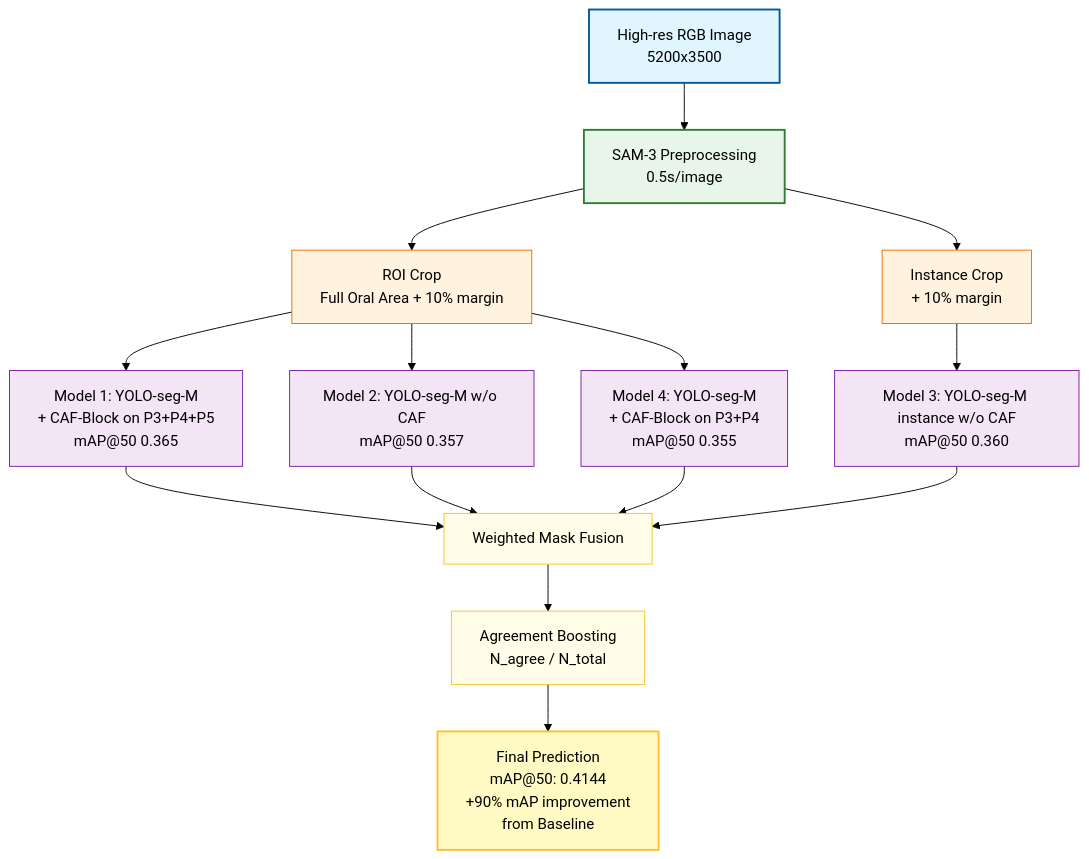
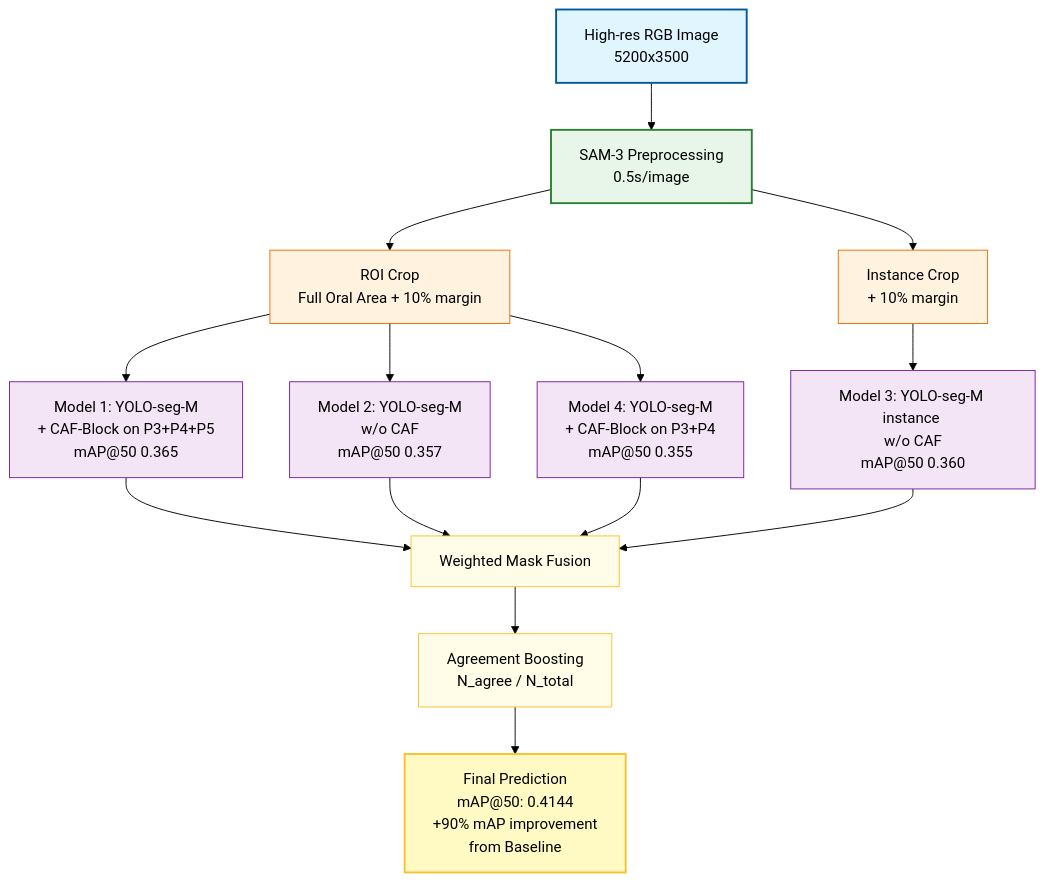
Before and after one commit to hyun-ko-DS/TeethSegmentation: the diagram in README.md, drawn with Mermaid (forest theme). The commit also changed other lines of this file and 2 other files, not shown here.

````diff
--- a/README.md
+++ b/README.md
@@ -24,42 +24,42 @@
 ```mermaid
 graph TD
     %% 1. Global Styles (Text black for readability)
     classDef default fill:#f9f9f9,stroke:#333,stroke-width:1px,color:#000;
     
     %% 2. Level-specific Styles (Bright palette)
     %% Level 1: Input - Light Blue
     classDef lvl1 fill:#E1F5FE,stroke:#01579b,stroke-width:2px,color:#000;
     %% Level 2: Preprocess - Light Green
     classDef lvl2 fill:#E8F5E9,stroke:#2e7d32,stroke-width:2px,color:#000;
     %% Level 3: Crop - Light Orange
     classDef lvl3 fill:#FFF3E0,stroke:#ef6c00,stroke-width:1px,color:#000;
     %% Level 4: Models - Light Purple
     classDef lvl4 fill:#F3E5F5,stroke:#7b1fa2,stroke-width:1px,color:#000;
     %% Level 5: Ensemble - Light Yellow
     classDef lvl5 fill:#FFFDE7,stroke:#fbc02d,stroke-width:1px,color:#000;
     %% Level 6: Final Result - Bright Yellow
     classDef winner fill:#FFF9C4,stroke:#fbc02d,stroke-width:2px,color:#000;
 
     %% 3. Nodes Definition
     A[High-res RGB Image<br/>5200x3500] --> B[SAM-3 Preprocessing<br/>0.5s/image]
     
     B --> C1[ROI Crop<br/>Full Oral Area + 10% margin]
     B --> C2[Instance Crop<br/> + 10% margin]
     
     C1 --> D1[Model 1: YOLO-seg-M <br/>+ CAF-Block on P3+P4+P5 <br/>mAP@50 0.365]
-    C1 --> D2[Model 2: YOLO-seg-M w/o CAF<br/>mAP@50 0.357]
-    C2 --> D3[Model 3: YOLO-seg-M instance w/o CAF<br/>mAP@50 0.360]
+    C1 --> D2[Model 2: YOLO-seg-M <br/>w/o CAF<br/>mAP@50 0.357]
+    C2 --> D3[Model 3: YOLO-seg-M instance <br/>w/o CAF<br/>mAP@50 0.360]
     C1 --> D4[Model 4: YOLO-seg-M <br/>+ CAF-Block on P3+P4<br/>mAP@50 0.355]
     
     D1 & D2 & D3 & D4 --> E[Weighted Mask Fusion]
     E --> F[Agreement Boosting<br/>N_agree / N_total]
     F --> G[Final Prediction<br/>mAP@50: 0.4144<br/>+90% mAP improvement<br/>from Baseline]
 
     %% 4. Apply Styles per Level
     class A lvl1;
     class B lvl2;
     class C1,C2 lvl3;
     class D1,D2,D3,D4 lvl4;
     class E,F lvl5;
     class G winner;
 ```
````
